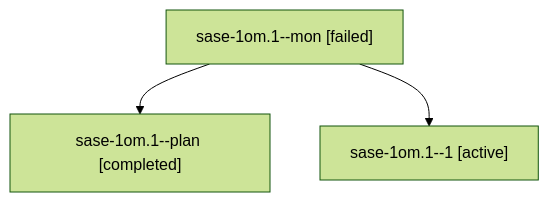
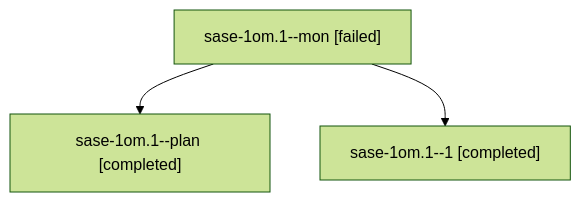
One commit to sase-org/sase--agents changed the diagram in sessions/bbugyi200.athena.sase-1om.1.md. Above: the diagram before and after it, drawn with Mermaid (forest theme). The commit also changed other lines of this file and 53 other files, not shown here.

````diff
--- a/sessions/bbugyi200.athena.sase-1om.1.md
+++ b/sessions/bbugyi200.athena.sase-1om.1.md
@@ -9,8 +9,8 @@
 ```mermaid
 flowchart TD
   n0["sase-1om.1--mon [failed]"]
   n1["sase-1om.1--plan [completed]"]
   n0 --> n1
-  n2["sase-1om.1--1 [active]"]
+  n2["sase-1om.1--1 [completed]"]
   n0 --> n2
 ```
````
